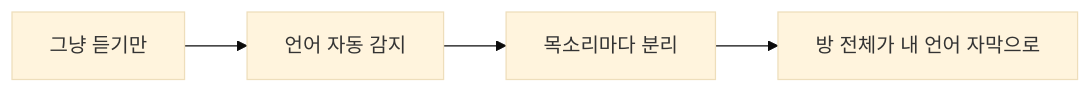
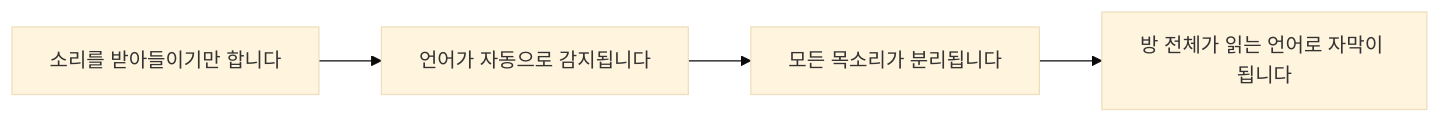
The first of 4 diagrams in README_ko.md (rpalm01-star/VigilantEarLegal), drawn with Mermaid (base theme) before and after one commit. The commit also changed other lines of this file and 14 other files, not shown here.

````diff
--- a/README_ko.md
+++ b/README_ko.md
@@ -73,4 +82,4 @@
 ```mermaid
 graph LR
-    A["그냥 듣기만"] --> B["언어 자동 감지"] --> C["목소리마다 분리"] --> D["방 전체가 내 언어 자막으로"]
+    A["소리를 받아들이기만 합니다"] --> B["언어가 자동으로 감지됩니다"] --> C["모든 목소리가 분리됩니다"] --> D["방 전체가 읽는 언어로 자막이 됩니다"]
 ```
````
